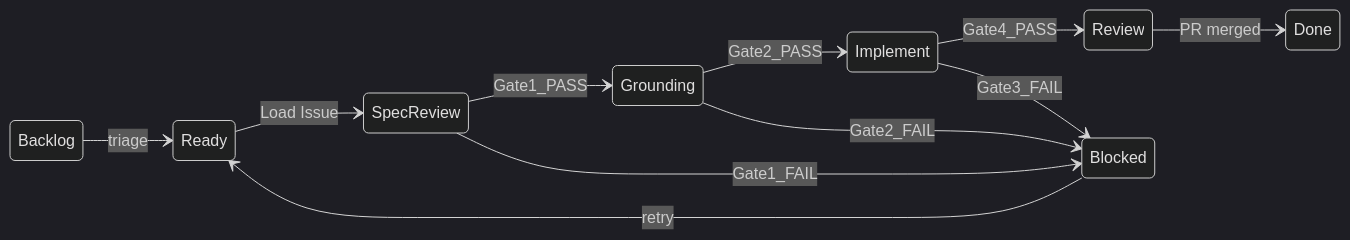
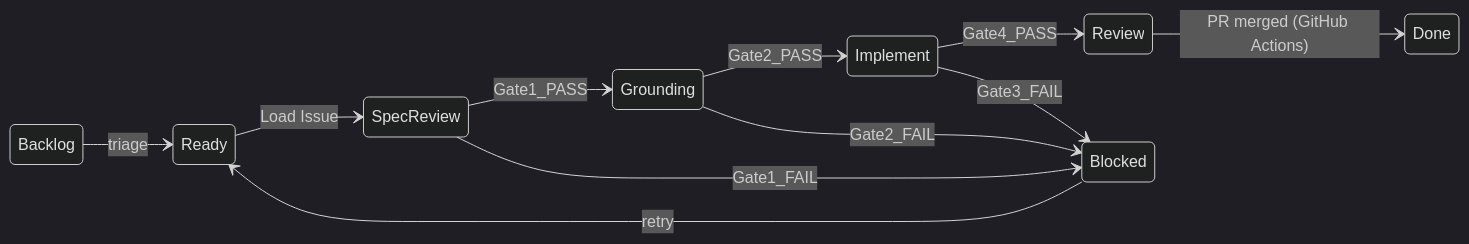
The diagram in docs/agent-pipeline/README.md (naveroot/AtlasQuant), drawn with Mermaid (dark theme) before and after one commit. The commit also changed other lines of this file and 15 other files, not shown here.

````diff
--- a/docs/agent-pipeline/README.md
+++ b/docs/agent-pipeline/README.md
@@ -39,14 +39,14 @@
 ```mermaid
 stateDiagram-v2
     direction LR
     Backlog --> Ready: triage
     Ready --> SpecReview: Load Issue
     SpecReview --> Grounding: Gate1_PASS
     SpecReview --> Blocked: Gate1_FAIL
     Grounding --> Implement: Gate2_PASS
     Grounding --> Blocked: Gate2_FAIL
     Implement --> Review: Gate4_PASS
     Implement --> Blocked: Gate3_FAIL
-    Review --> Done: PR merged
+    Review --> Done: PR merged (GitHub Actions)
     Blocked --> Ready: retry
 ```
````
